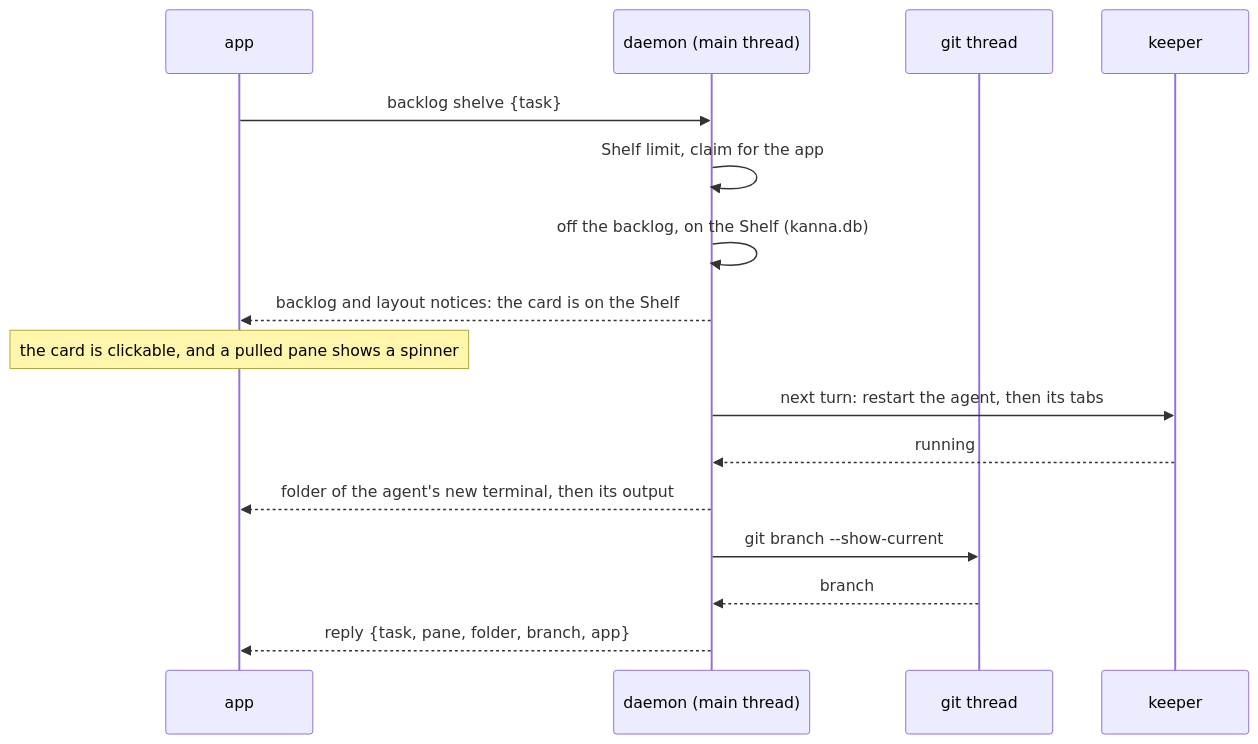
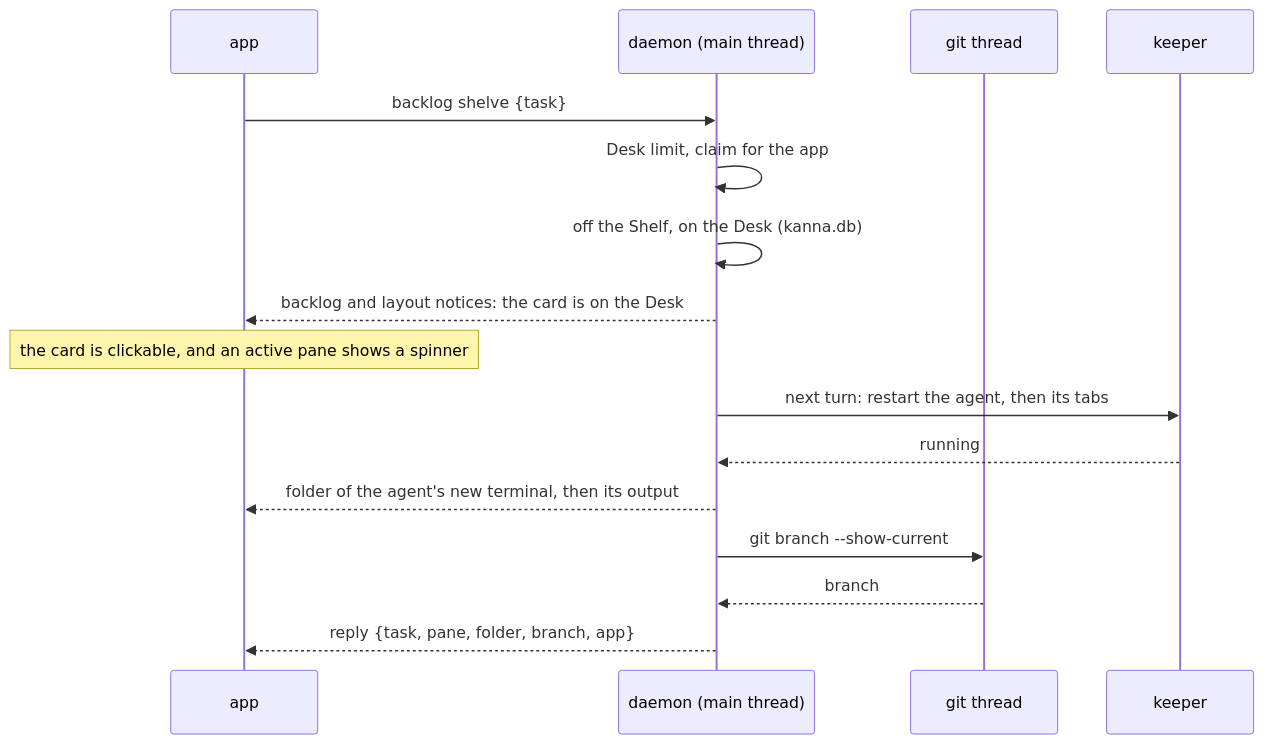
The diagram in docs/specs/move-to-desk-latency.md (tampopogk/kanna), drawn with Mermaid before and after one commit. The commit also changed other lines of this file and 51 other files, not shown here.

Commit message:
Specs: Desk and Shelf, the Desk view, pick, shelve, activate, park; backlog-runners → shelf-runners, backlog-search → shelf-search, shelve-latency → move-to-desk-latency

````diff
--- a/docs/specs/move-to-desk-latency.md
+++ b/docs/specs/move-to-desk-latency.md
@@ -17,18 +19,18 @@
 ```mermaid
 sequenceDiagram
     participant A as app
     participant D as daemon (main thread)
     participant G as git thread
     participant K as keeper
     A->>D: backlog shelve {task}
-    D->>D: Shelf limit, claim for the app
-    D->>D: off the backlog, on the Shelf (kanna.db)
-    D-->>A: backlog and layout notices: the card is on the Shelf
-    Note over A: the card is clickable, and a pulled pane shows a spinner
+    D->>D: Desk limit, claim for the app
+    D->>D: off the Shelf, on the Desk (kanna.db)
+    D-->>A: backlog and layout notices: the card is on the Desk
+    Note over A: the card is clickable, and an active pane shows a spinner
     D->>K: next turn: restart the agent, then its tabs
     K-->>D: running
     D-->>A: folder of the agent's new terminal, then its output
     D->>G: git branch --show-current
     G-->>D: branch
     D-->>A: reply {task, pane, folder, branch, app}
 ```
````
